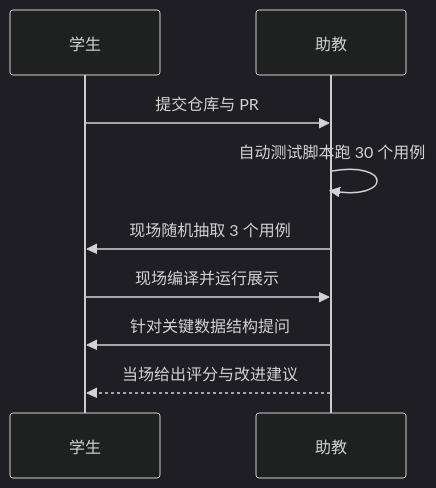
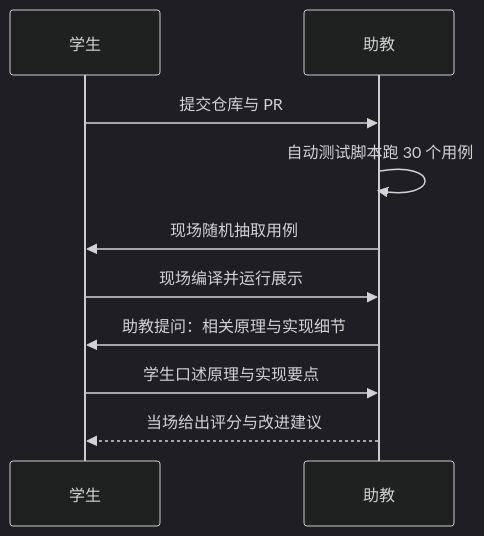
The fourth of 4 diagrams in docs/labs/capstone.md (lightsmilew/compiler-principles), drawn with Mermaid (dark theme) before and after one commit. The commit also changed other lines of this file and 6 other files, not shown here.

````diff
--- a/docs/labs/capstone.md
+++ b/docs/labs/capstone.md
@@ -135,11 +132,12 @@
 ```mermaid
 sequenceDiagram
   participant S as 学生
   participant T as 助教
   S->>T: 提交仓库与 PR
   T->>T: 自动测试脚本跑 30 个用例
-  T->>S: 现场随机抽取 3 个用例
+  T->>S: 现场随机抽取用例
   S->>T: 现场编译并运行展示
-  T->>S: 针对关键数据结构提问
+  T->>S: 助教提问：相关原理与实现细节
+  S->>T: 学生口述原理与实现要点
   T-->>S: 当场给出评分与改进建议
 ```
````
